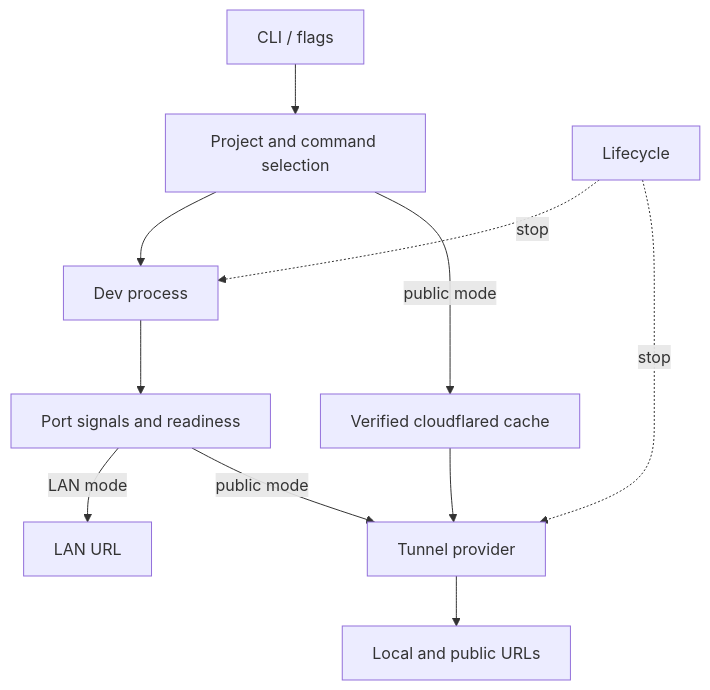
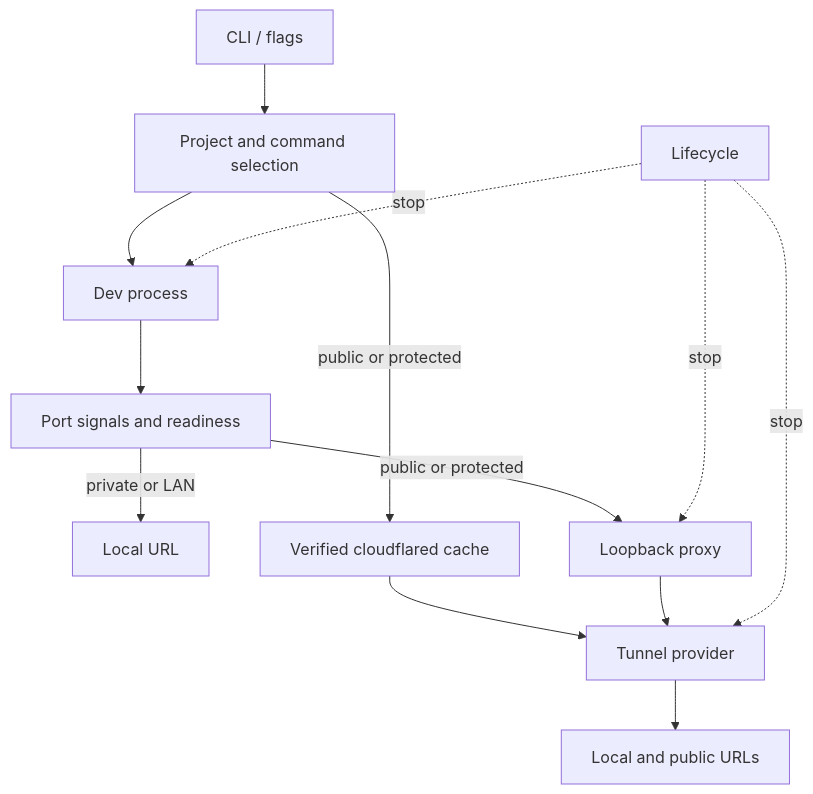
The first of 2 diagrams in docs/ARCHITECTURE.md (radityama/peek), drawn with Mermaid before and after one commit. The commit also changed other lines of this file and 31 other files, not shown here.

Commit message:
feat: add v0.3 preview access and local proxy

````diff
--- a/docs/ARCHITECTURE.md
+++ b/docs/ARCHITECTURE.md
@@ -8,13 +9,15 @@
 ```mermaid
 flowchart TD
     CLI[CLI / flags] --> Project[Project and command selection]
     Project --> Dev[Dev process]
     Dev --> Detect[Port signals and readiness]
-    Detect -->|LAN mode| LanURL[LAN URL]
-    Project -->|public mode| Binary[Verified cloudflared cache]
+    Detect -->|private or LAN| LanURL[Local URL]
+    Project -->|public or protected| Binary[Verified cloudflared cache]
     Binary --> Provider[Tunnel provider]
-    Detect -->|public mode| Provider
+    Detect -->|public or protected| Proxy[Loopback proxy]
+    Proxy --> Provider
     Provider --> URL[Local and public URLs]
     Life[Lifecycle] -. stop .-> Dev
     Life -. stop .-> Provider
+    Life -. stop .-> Proxy
 ```
````
